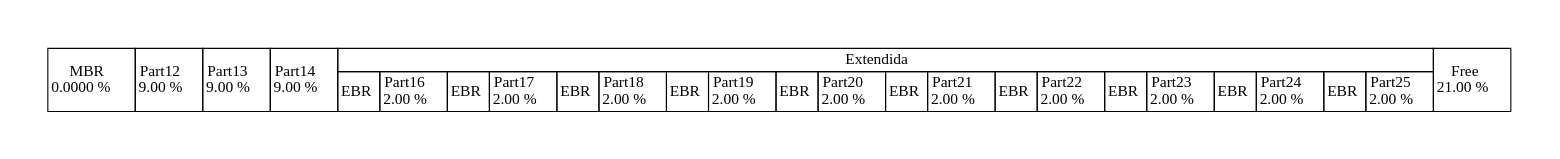
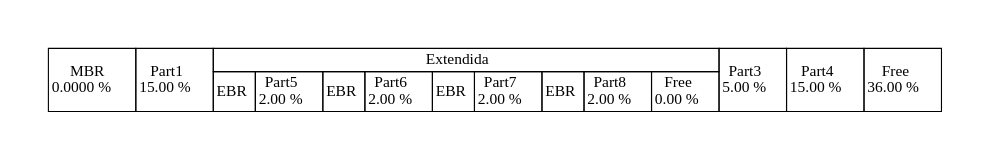
The diagram in disk_report.dot (MacoChave/DiskParted), drawn with Graphviz before and after one commit. The commit also changed 8 other files, not shown here.

```diff
--- a/disk_report.dot
+++ b/disk_report.dot
@@ -1,39 +1,28 @@
 digraph {
 	graph[pad="0.5", nodesep="0.5", ranksep="2"]
 	node [shape = plain]
 	rankdir = LR
 	DISK [label=<
 		<table border="0" cellborder="1" cellspacing="0">
 			<tr>
 				<td rowspan="2">MBR <br/> 0.0000 %</td>
-				<td rowspan="2">Part12 <br/> 9.00 %</td>
-				<td rowspan="2">Part13 <br/> 9.00 %</td>
-				<td rowspan="2">Part14 <br/> 9.00 %</td>
-				<td colspan="20">Extendida</td>
-				<td rowspan="2">Free <br/> 21.00 %</td>
+				<td rowspan="2">Part1 <br/> 15.00 %</td>
+				<td colspan="9">Extendida</td>
+				<td rowspan="2">Part3 <br/> 5.00 %</td>
+				<td rowspan="2">Part4 <br/> 15.00 %</td>
+				<td rowspan="2">Free <br/> 36.00 %</td>
 			</tr>
 			<tr>
 				<td>EBR</td>
-				<td>Part16 <br/> 2.00 %</td>
+				<td>Part5 <br/> 2.00 %</td>
 				<td>EBR</td>
-				<td>Part17 <br/> 2.00 %</td>
+				<td>Part6 <br/> 2.00 %</td>
 				<td>EBR</td>
-				<td>Part18 <br/> 2.00 %</td>
+				<td>Part7 <br/> 2.00 %</td>
 				<td>EBR</td>
-				<td>Part19 <br/> 2.00 %</td>
-				<td>EBR</td>
-				<td>Part20 <br/> 2.00 %</td>
-				<td>EBR</td>
-				<td>Part21 <br/> 2.00 %</td>
-				<td>EBR</td>
-				<td>Part22 <br/> 2.00 %</td>
-				<td>EBR</td>
-				<td>Part23 <br/> 2.00 %</td>
-				<td>EBR</td>
-				<td>Part24 <br/> 2.00 %</td>
-				<td>EBR</td>
-				<td>Part25 <br/> 2.00 %</td>
+				<td>Part8 <br/> 2.00 %</td>
+				<td>Free <br/> 0.00 %</td>
 			</tr>
 		</table>
 	>]
 }
```
